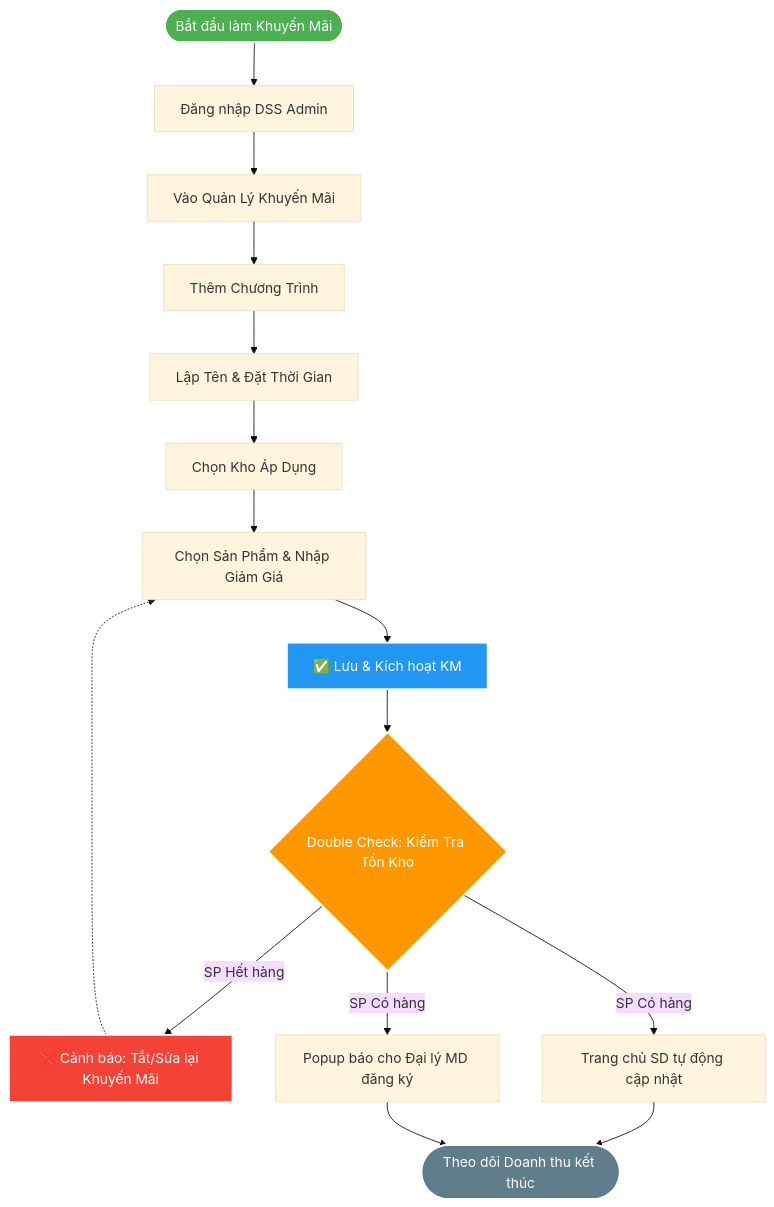
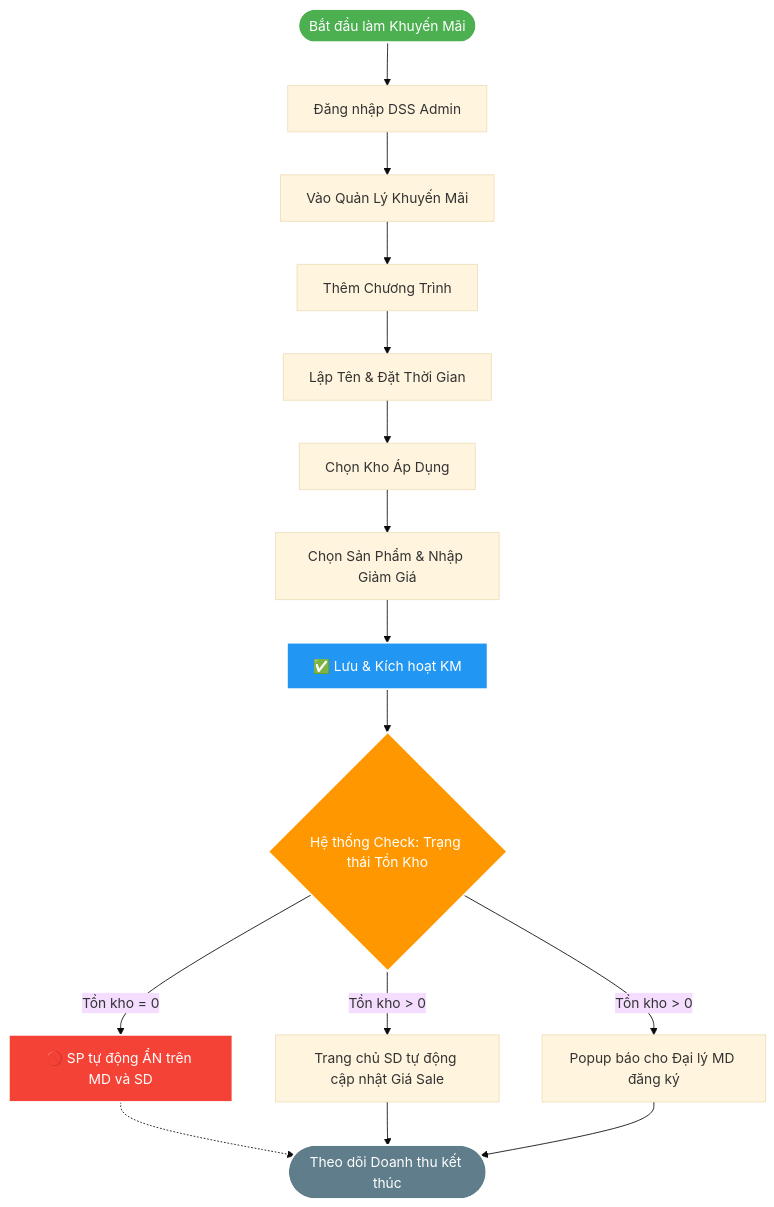
One commit to babaduoc/digitalgarden changed the diagram in src/site/notes/01_TONG_QUAN_LY_DU_AN/2_PHONG_VAN_HANH/SOP_5_Tao_Khuyen_Mai_Theo_Thoi_Gian.md. Above: the diagram before and after it, drawn with Mermaid (base theme). The commit also changed other lines of this file and 1 other file, not shown here.

Commit message:
Published multiple files

````diff
--- a/src/site/notes/01_TONG_QUAN_LY_DU_AN/2_PHONG_VAN_HANH/SOP_5_Tao_Khuyen_Mai_Theo_Thoi_Gian.md
+++ b/src/site/notes/01_TONG_QUAN_LY_DU_AN/2_PHONG_VAN_HANH/SOP_5_Tao_Khuyen_Mai_Theo_Thoi_Gian.md
@@ -16,25 +16,25 @@
 ```mermaid
 graph TD
     A([Bắt đầu làm Khuyến Mãi]) --> B[Đăng nhập DSS Admin]
     B --> C[Vào Quản Lý Khuyến Mãi]
     C --> D[Thêm Chương Trình]
     D --> E[Lập Tên & Đặt Thời Gian]
     E --> F[Chọn Kho Áp Dụng]
     F --> G[Chọn Sản Phẩm & Nhập Giảm Giá]
     G --> J[✅ Lưu & Kích hoạt KM]
-    J --> N{Double Check: Kiểm Tra Tồn Kho}
+    J --> N{Hệ thống Check: Trạng thái Tồn Kho}
     
-    N -- SP Hết hàng --> H[❌ Cảnh báo: Tắt/Sửa lại Khuyến Mãi]
-    H -.-> G
-    N -- SP Có hàng --> K[Trang chủ SD tự động cập nhật]
-    N -- SP Có hàng --> L[Popup báo cho Đại lý MD đăng ký]
+    N -- Tồn kho = 0 --> H[🚫 SP tự động ẨN trên MD và SD]
+    N -- Tồn kho > 0 --> K[Trang chủ SD tự động cập nhật Giá Sale]
+    N -- Tồn kho > 0 --> L[Popup báo cho Đại lý MD đăng ký]
     
-    K --> M([Theo dõi Doanh thu kết thúc])
+    H -.-> M([Theo dõi Doanh thu kết thúc])
+    K --> M
     L --> M
     
     style A fill:#4CAF50,stroke:#fff,stroke-width:2px,color:#fff
     style H fill:#f44336,stroke:#fff,stroke-width:2px,color:#fff
     style J fill:#2196F3,stroke:#fff,stroke-width:2px,color:#fff
     style N fill:#FF9800,stroke:#fff,stroke-width:2px,color:#fff
     style M fill:#607D8B,stroke:#fff,stroke-width:2px,color:#fff
 ```
````
